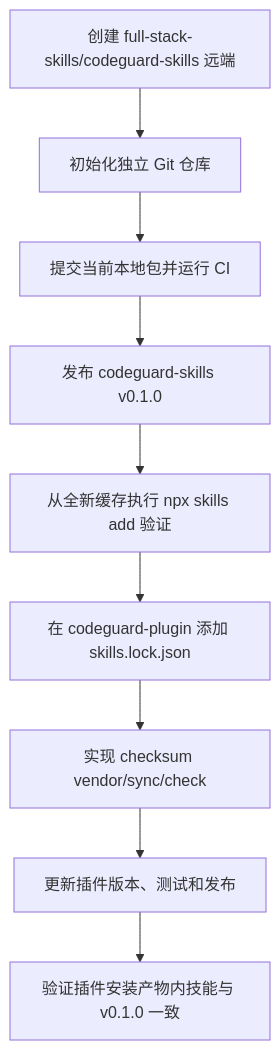
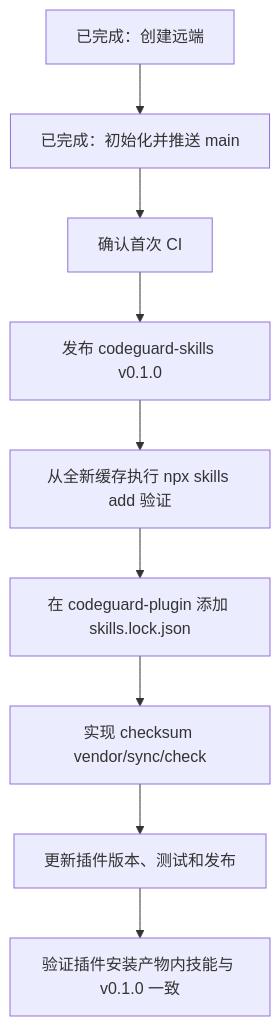
The diagram in MIGRATION.md (full-stack-skills/codeguard-skills), drawn with Mermaid before and after one commit. The commit also changed other lines of this file and 4 other files, not shown here.

````diff
--- a/MIGRATION.md
+++ b/MIGRATION.md
@@ -20,11 +21,11 @@
 ```mermaid
 flowchart TD
-    A[创建 full-stack-skills/codeguard-skills 远端] --> B[初始化独立 Git 仓库]
-    B --> C[提交当前本地包并运行 CI]
+    A[已完成：创建远端] --> B[已完成：初始化并推送 main]
+    B --> C[确认首次 CI]
     C --> D[发布 codeguard-skills v0.1.0]
     D --> E[从全新缓存执行 npx skills add 验证]
     E --> F[在 codeguard-plugin 添加 skills.lock.json]
     F --> G[实现 checksum vendor/sync/check]
     G --> H[更新插件版本、测试和发布]
     H --> I[验证插件安装产物内技能与 v0.1.0 一致]
 ```
````
